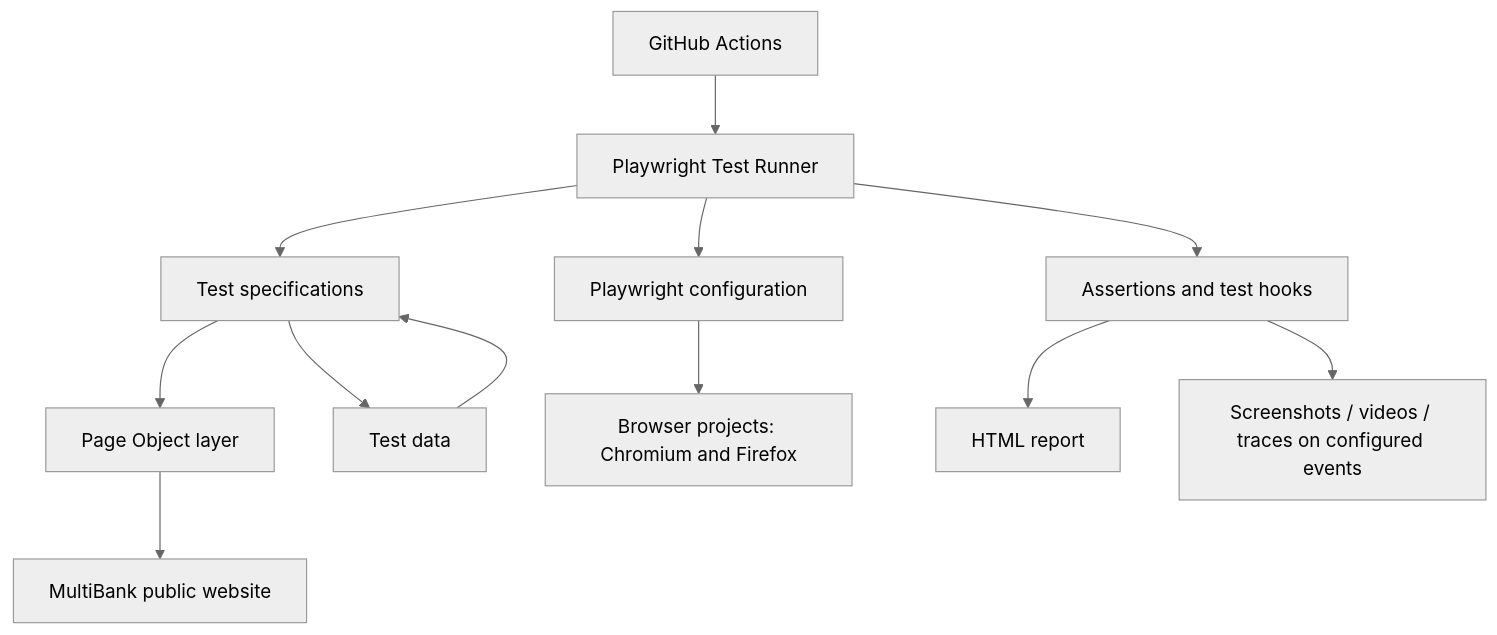
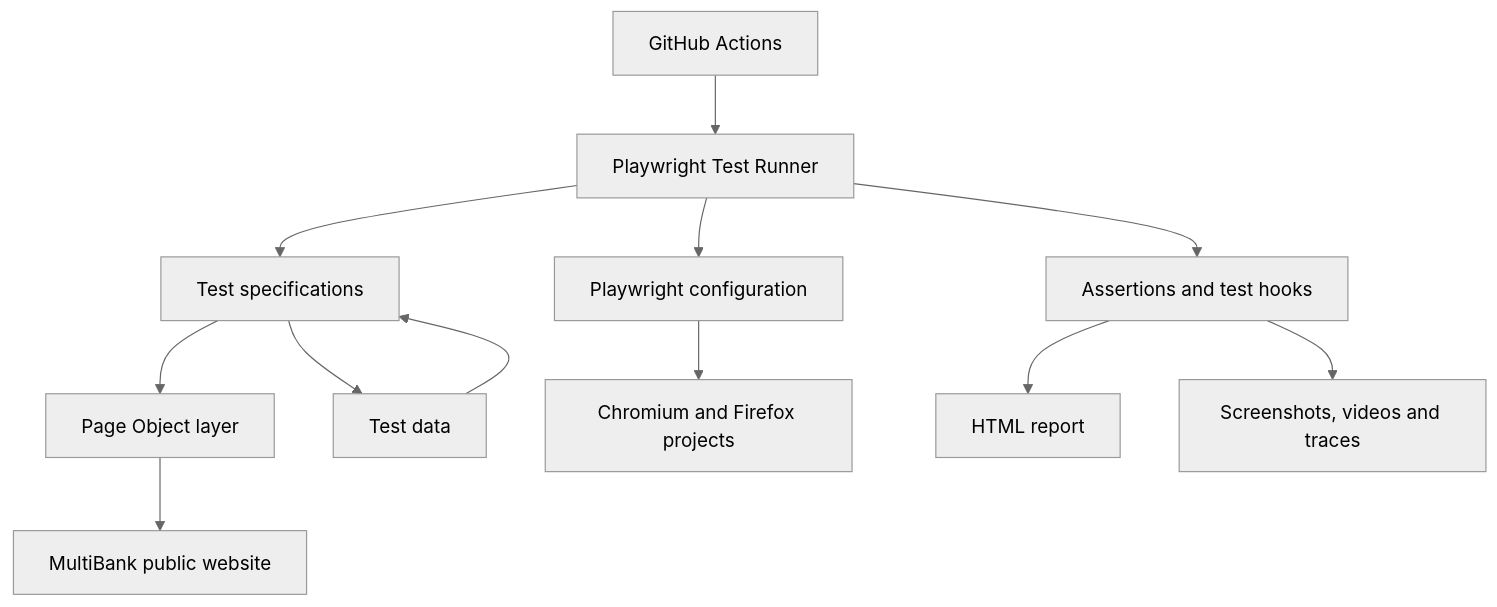
Before and after one commit to vinayakkaladhar/multibank-group-qa-challenge: the diagram in README.md, drawn with Mermaid (neutral theme). The commit also changed other lines of this file, not shown here.

````diff
--- a/README.md
+++ b/README.md
@@ -61,27 +94,14 @@
 ```mermaid
-
 flowchart TD
-
     A["Playwright Test Runner"] --> B["Test specifications"]
-
     B --> C["Page Object layer"]
-
     B --> D["Test data"]
-
     C --> E["MultiBank public website"]
-
     D --> B
-
     A --> F["Playwright configuration"]
-
-    F --> G["Browser projects: Chromium and Firefox"]
-
+    F --> G["Chromium and Firefox projects"]
     A --> H["Assertions and test hooks"]
-
     H --> I["HTML report"]
-
-    H --> J["Screenshots / videos / traces on configured events"]
-
+    H --> J["Screenshots, videos and traces"]
     K["GitHub Actions"] --> A
-
 ```
````
